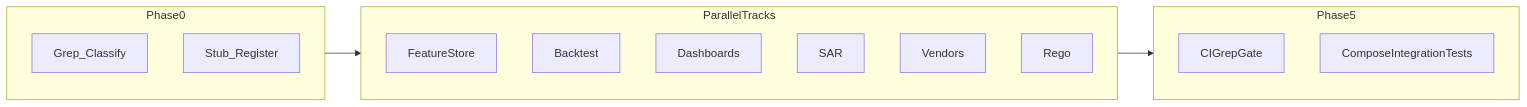
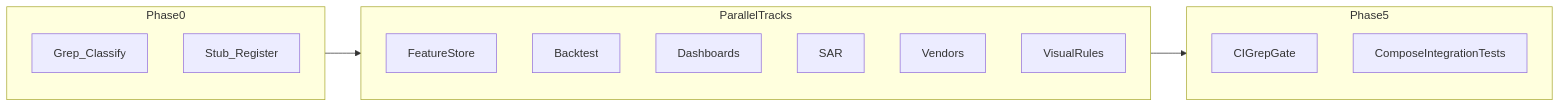
The diagram in docs/TIER_1_HONESTY_PROGRAM.md (pamu512/tarka), drawn with Mermaid before and after one commit. The commit also changed other lines of this file and 32 other files, not shown here.

First line of the commit message:
Add Helm chart, micro E2E compose, compliance docs, and root package metadata.

````diff
--- a/docs/TIER_1_HONESTY_PROGRAM.md
+++ b/docs/TIER_1_HONESTY_PROGRAM.md
@@ -126,21 +128,21 @@
 ```mermaid
 flowchart LR
   subgraph inventory [Phase0]
     Grep[Grep_Classify]
     Register[Stub_Register]
   end
   subgraph tracks [ParallelTracks]
     A[FeatureStore]
     B[Backtest]
     C[Dashboards]
     D[SAR]
     E[Vendors]
-    F[Rego]
+    F[VisualRules]
   end
   subgraph verify [Phase5]
     CI[CIGrepGate]
     IT[ComposeIntegrationTests]
   end
   inventory --> tracks
   tracks --> verify
 ```
````
